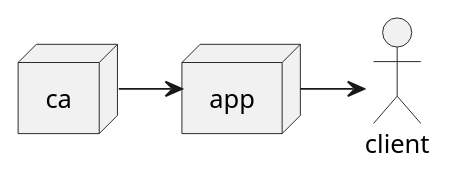
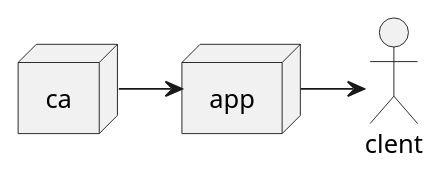
The diagram in test.iuml (Vivekyadavgithub/PlantUML-tut), drawn with PlantUML before and after one commit.

```diff
--- a/test.iuml
+++ b/test.iuml
@@ -1,8 +1,8 @@
 @startuml
-actor client
+actor clent
 node app
 node ca
 
 ca -> app
-app -> client
+app -> clent
 @enduml
```
